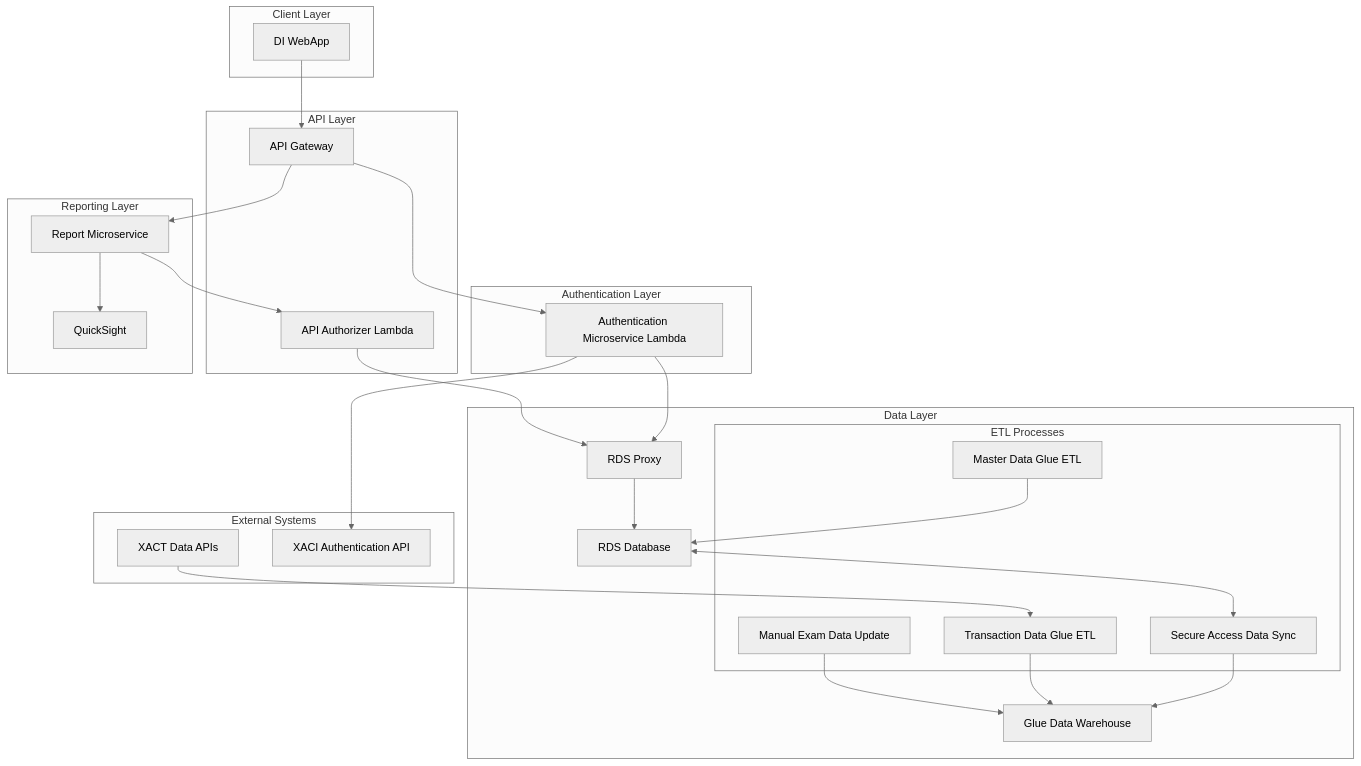
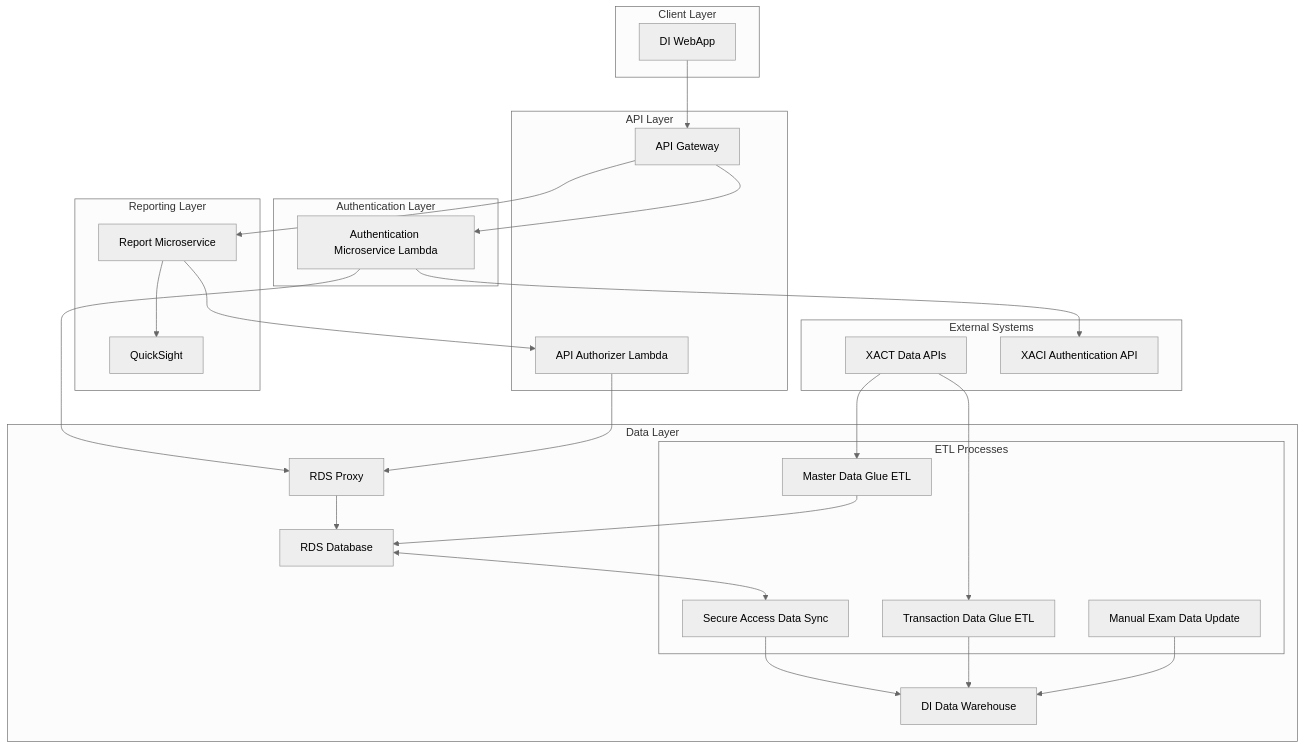
Before and after one commit to hugger-beep/private1: the diagram in Detailed.md, drawn with Mermaid (neutral theme).

````diff
--- a/Detailed.md
+++ b/Detailed.md
@@ -3,59 +3,60 @@
 ```mermaid
 graph TD
     subgraph "Client Layer"
         DIWebApp[DI WebApp]
     end
     
     subgraph "API Layer"
         APIGateway[API Gateway]
         APIAuth[API Authorizer Lambda]
     end
     
     subgraph "Authentication Layer"
         AuthMicro[Authentication Microservice Lambda]
     end
     
     subgraph "Reporting Layer"
         ReportMicro[Report Microservice]
         QS[QuickSight]
     end
     
     subgraph "Data Layer"
         RDSProxy[RDS Proxy]
         RDS[RDS Database]
-        DW[Glue Data Warehouse]
+        DW[DI Data Warehouse]
         
         subgraph "ETL Processes"
             TransETL[Transaction Data Glue ETL]
             MasterETL[Master Data Glue ETL]
             SecureSync[Secure Access Data Sync]
             ManualUpdate[Manual Exam Data Update]
         end
     end
     
     subgraph "External Systems"
         XACTDataAPI[XACT Data APIs]
         XACIAuth[XACI Authentication API]
     end
     
     DIWebApp --> APIGateway
     
     APIGateway --> AuthMicro
     APIGateway --> ReportMicro
     
     AuthMicro --> XACIAuth
     AuthMicro --> RDSProxy
     APIAuth --> RDSProxy
     
     ReportMicro --> QS
     ReportMicro --> APIAuth
     
     RDSProxy --> RDS
     RDS <--> SecureSync
     SecureSync --> DW
     TransETL --> DW
     MasterETL --> RDS
     ManualUpdate --> DW
     
     XACTDataAPI --> TransETL
+    XACTDataAPI --> MasterETL
 ```
````
